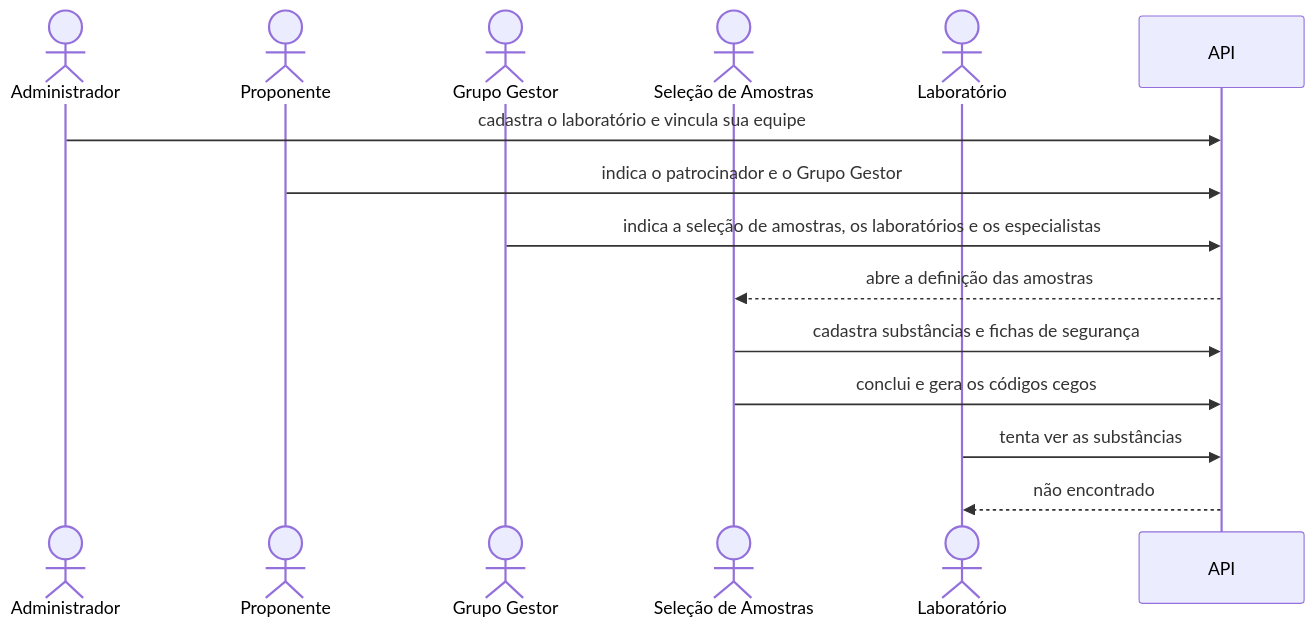
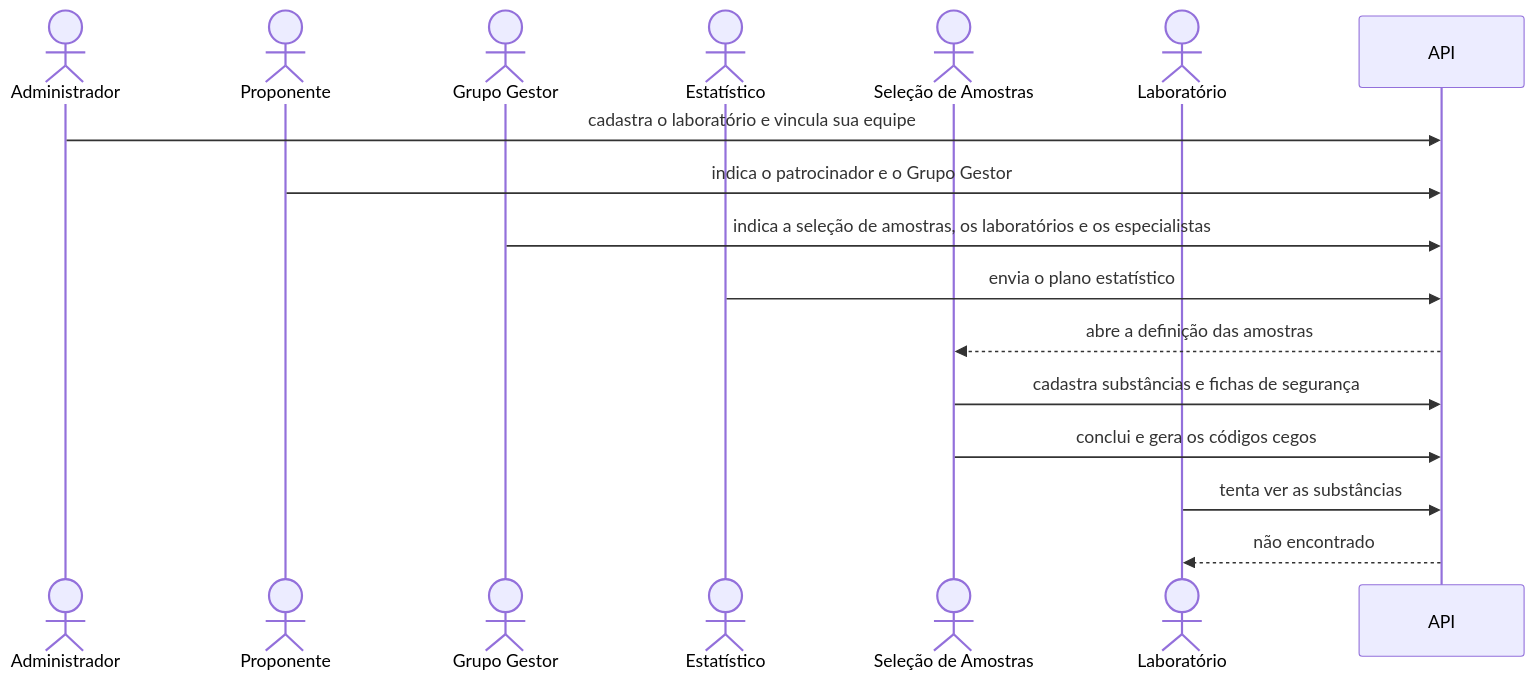
Before and after one commit to pivma-bracvam/pivma-back: the diagram in manual/tutorial/equipe-e-amostras.md, drawn with Mermaid. The commit also changed other lines of this file and 46 other files, not shown here.

````diff
--- a/manual/tutorial/equipe-e-amostras.md
+++ b/manual/tutorial/equipe-e-amostras.md
@@ -9,17 +9,19 @@
 ```mermaid
 sequenceDiagram
     actor A as Administrador
     actor P as Proponente
     actor G as Grupo Gestor
+    actor E as Estatístico
     actor S as Seleção de Amostras
     actor L as Laboratório
     participant API
     A->>API: cadastra o laboratório e vincula sua equipe
     P->>API: indica o patrocinador e o Grupo Gestor
     G->>API: indica a seleção de amostras, os laboratórios e os especialistas
+    E->>API: envia o plano estatístico
     API-->>S: abre a definição das amostras
     S->>API: cadastra substâncias e fichas de segurança
     S->>API: conclui e gera os códigos cegos
     L->>API: tenta ver as substâncias
     API-->>L: não encontrado
 ```
````
